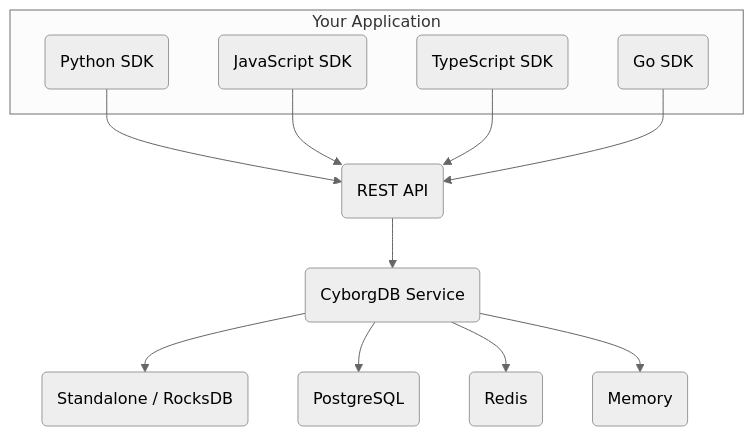
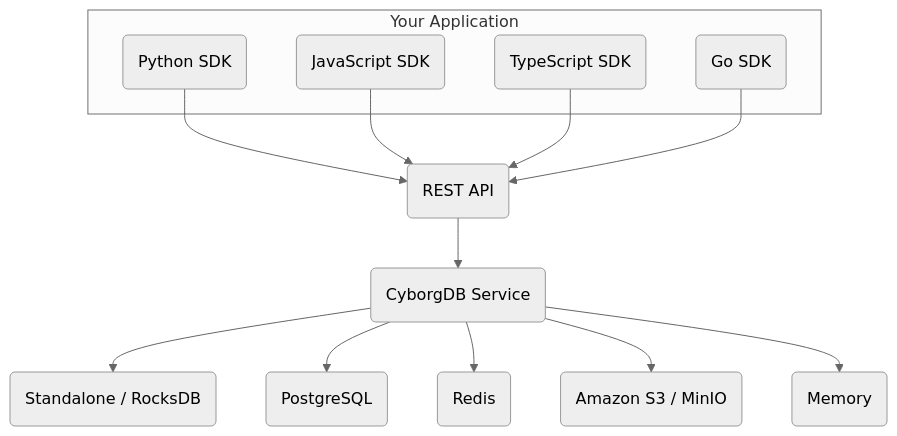
The diagram in versions/v0.16.x/service/guides/intro/about.mdx (cyborginc/cyborgdb-docs), drawn with Mermaid (neutral theme) before and after one commit. The commit also changed 8 other files, not shown here.

````diff
--- a/versions/v0.16.x/service/guides/intro/about.mdx
+++ b/versions/v0.16.x/service/guides/intro/about.mdx
@@ -105,27 +105,29 @@
 ```mermaid
 flowchart TB
   subgraph Your_Applications [Your Application]
     PythonSDK("Python SDK")
     JSSDK("JavaScript SDK")
     TSSDK("TypeScript SDK")
     GoSDK("Go SDK")
   end
 
   PythonSDK --> RESTAPI
   JSSDK --> RESTAPI
   TSSDK --> RESTAPI
   GoSDK --> RESTAPI
 
   RESTAPI("REST API")
   RESTAPI --> CyborgDB("CyborgDB Service")
 
   CyborgDB --> Standalone
   CyborgDB --> PostgreSQL
   CyborgDB --> Redis
+  CyborgDB --> S3
   CyborgDB --> Memory
 
   Standalone("Standalone / RocksDB")
   PostgreSQL("PostgreSQL")
   Redis("Redis")
+  S3("Amazon S3 / MinIO")
   Memory("Memory")
 ```
````
